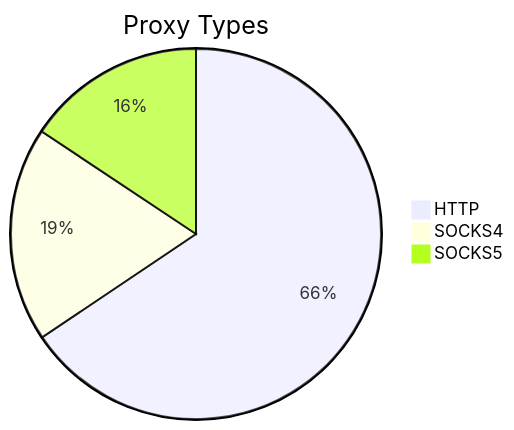
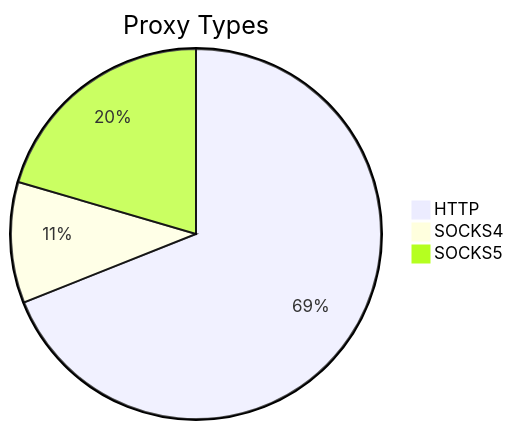
One commit to stormsia/proxy-list changed the first of 2 diagrams in README.md. Above: the diagram before and after it, drawn with Mermaid. The commit also changed other lines of this file, not shown here.

````diff
--- a/README.md
+++ b/README.md
@@ -21,6 +21,6 @@
 ```mermaid
 pie title Proxy Types
-    "HTTP" : 423
-    "SOCKS4" : 121
-    "SOCKS5" : 101
+    "HTTP" : 209
+    "SOCKS4" : 32
+    "SOCKS5" : 62
 ```
````
